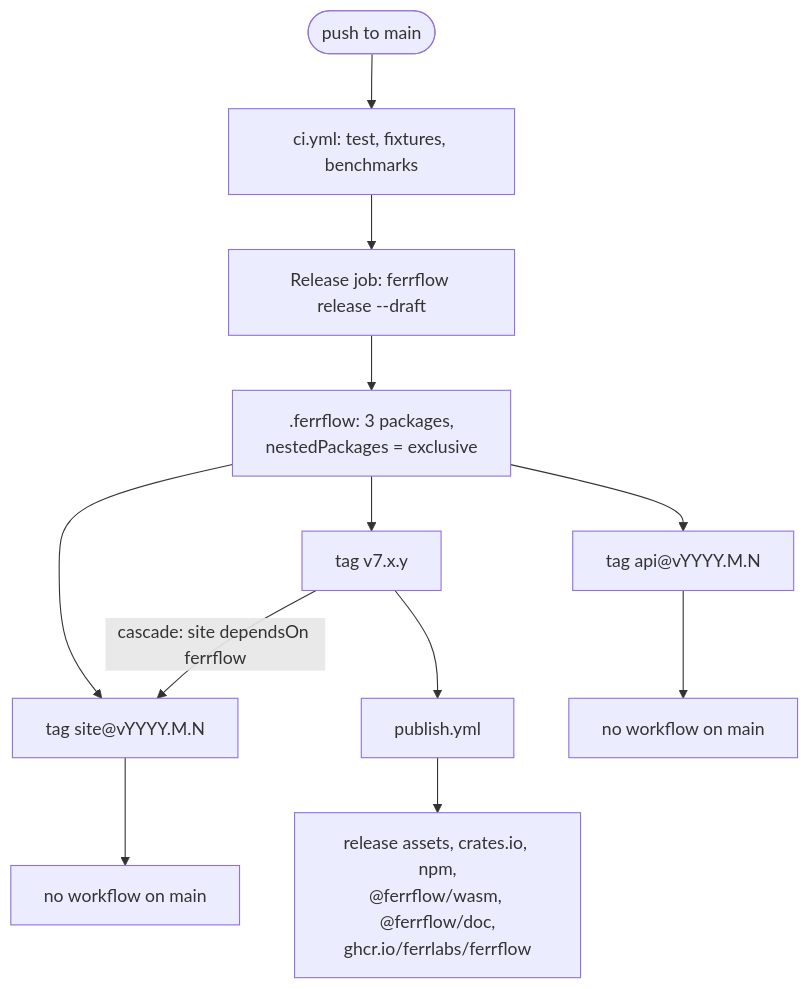
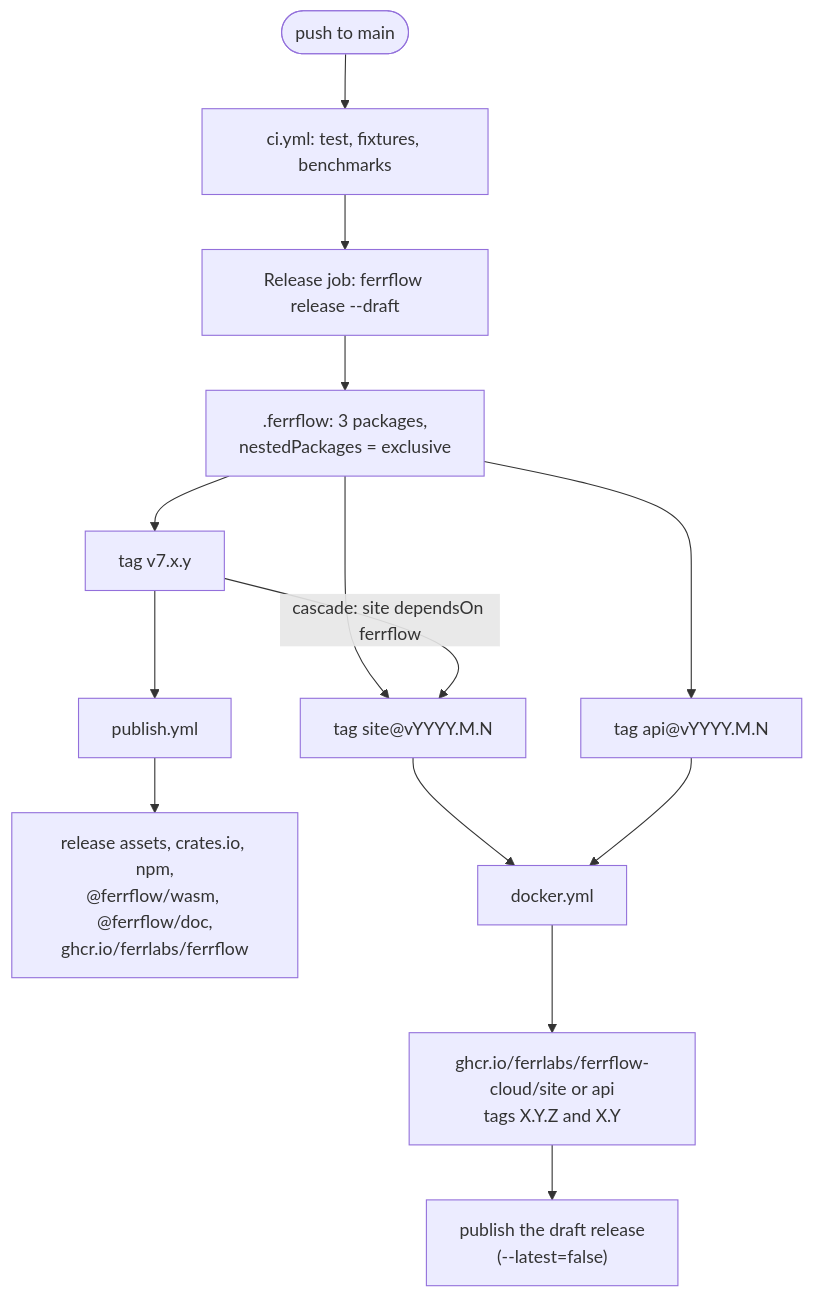
The second of 2 diagrams in docs/diagrams/monorepo.md (FerrLabs/FerrFlow), drawn with Mermaid before and after one commit. The commit also changed other lines of this file and 1 other file, not shown here.

Commit message:
docs(architecture): describe docker.yml and the site and api image builds

````diff
--- a/docs/diagrams/monorepo.md
+++ b/docs/diagrams/monorepo.md
@@ -32,14 +32,16 @@
 ```mermaid
 flowchart TB
     PUSH(["push to main"]) --> TESTS["ci.yml: test, fixtures, benchmarks"]
     TESTS --> REL["Release job: ferrflow release --draft"]
     REL --> CFG[".ferrflow: 3 packages,<br/>nestedPackages = exclusive"]
     CFG --> TCLI["tag v7.x.y"]
     CFG --> TSITE["tag site@vYYYY.M.N"]
     TCLI -->|"cascade: site dependsOn ferrflow"| TSITE
     CFG --> TAPI["tag api@vYYYY.M.N"]
     TCLI --> PUB["publish.yml"]
     PUB --> OUT["release assets, crates.io, npm,<br/>@ferrflow/wasm, @ferrflow/doc,<br/>ghcr.io/ferrlabs/ferrflow"]
-    TSITE --> NONE1["no workflow on main"]
-    TAPI --> NONE2["no workflow on main"]
+    TSITE --> DOCK["docker.yml"]
+    TAPI --> DOCK
+    DOCK --> IMG["ghcr.io/ferrlabs/ferrflow-cloud/site or api<br/>tags X.Y.Z and X.Y"]
+    IMG --> REL2["publish the draft release<br/>(--latest=false)"]
 ```
````
